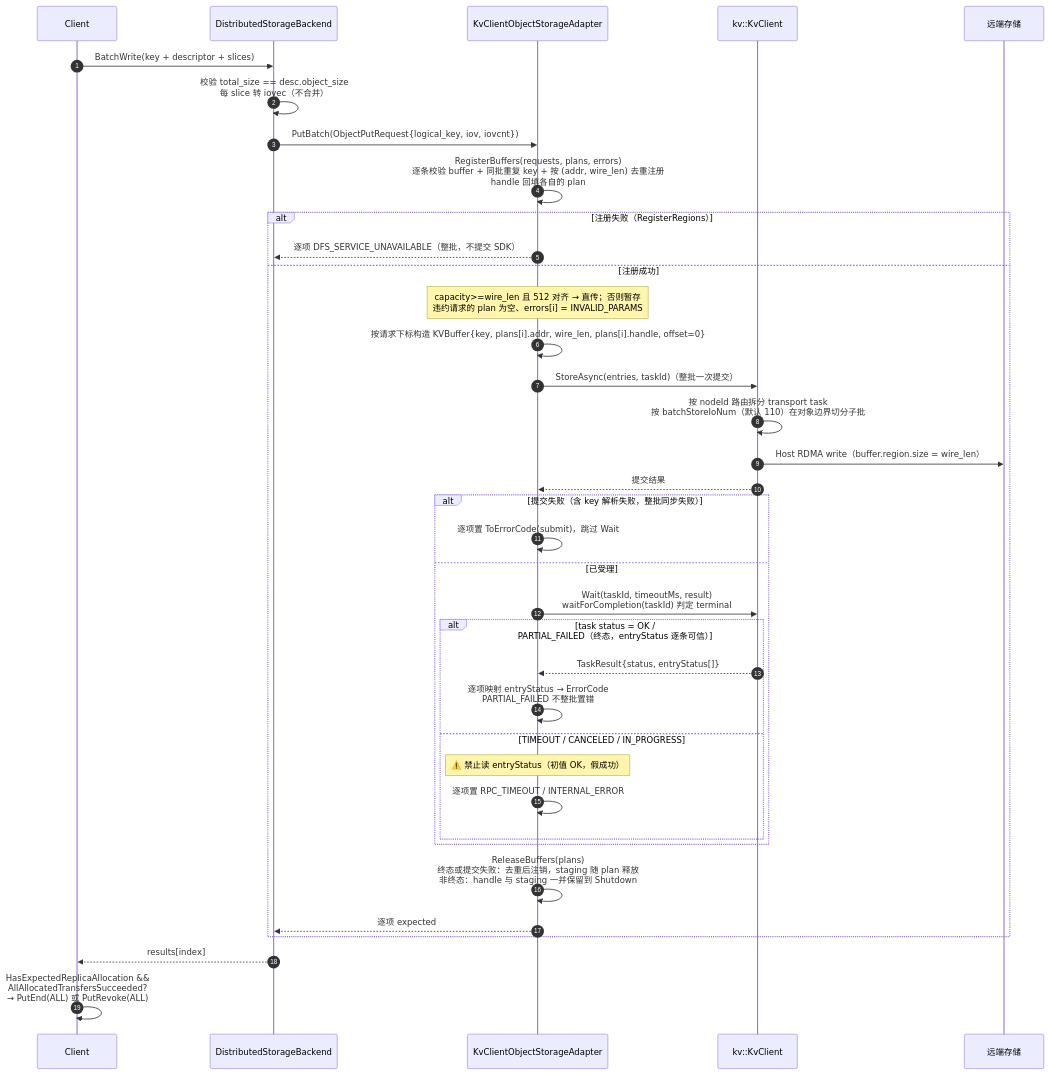
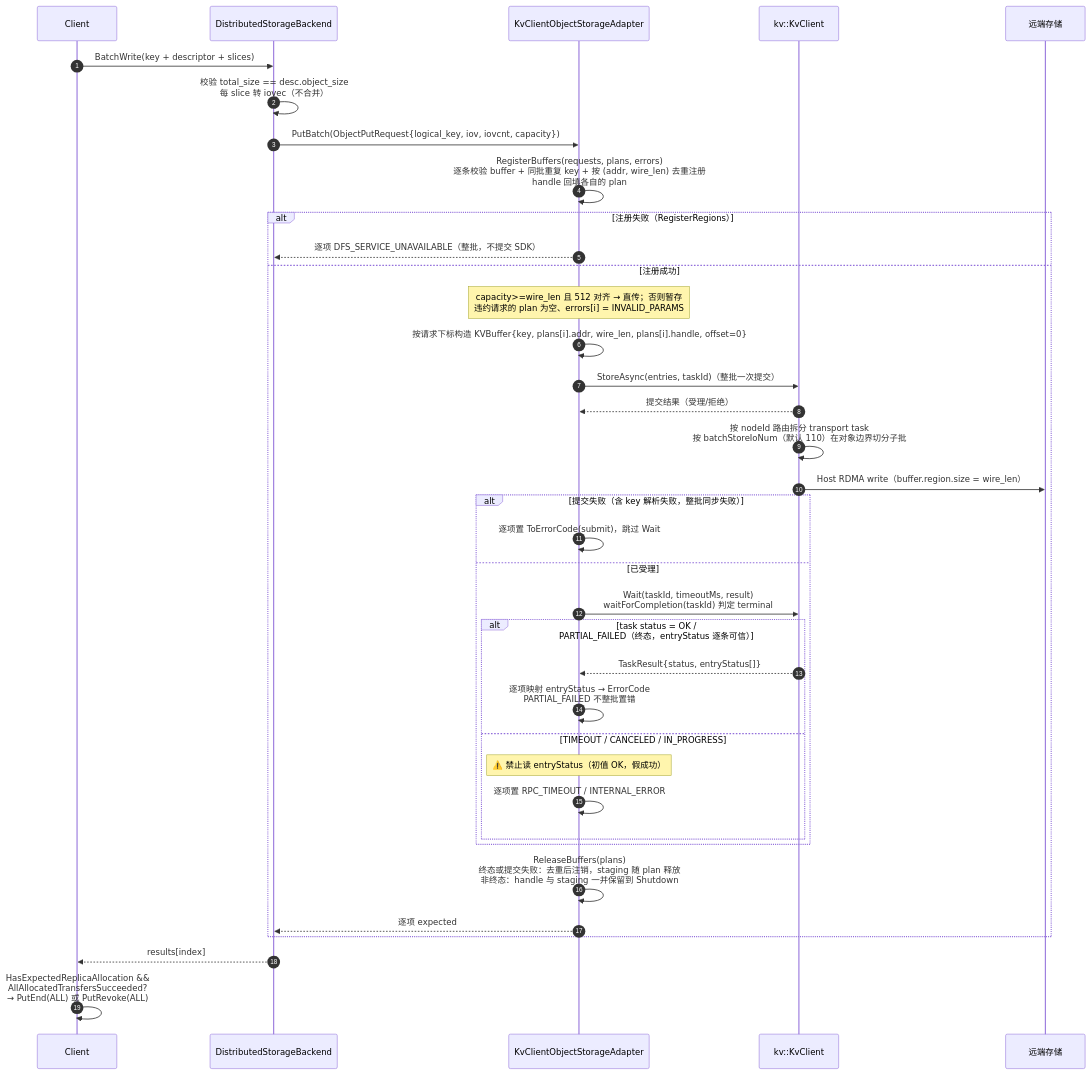
Before and after one commit to zwj20000328-dotcom/Mooncake-documents: the ninth of 13 diagrams in Mooncake + KVClient L3 接入（Kvcs）- v3.md, drawn with Mermaid. The commit also changed other lines of this file, not shown here.

Commit message:
docs: fix staging-path, diagram and build inconsistencies found by the final audit

````diff
--- a/Mooncake + KVClient L3 接入（Kvcs）- v3.md
+++ b/Mooncake + KVClient L3 接入（Kvcs）- v3.md
@@ -593,40 +597,40 @@
 ```mermaid
 sequenceDiagram
     autonumber
     participant C as Client
     participant BE as DistributedStorageBackend
     participant AD as KvClientObjectStorageAdapter
     participant SDK as kv::KvClient
     participant S as 远端存储
 
     C->>BE: BatchWrite(key + descriptor + slices)
     BE->>BE: 校验 total_size == desc.object_size<br/>每 slice 转 iovec（不合并）
-    BE->>AD: PutBatch(ObjectPutRequest{logical_key, iov, iovcnt})
+    BE->>AD: PutBatch(ObjectPutRequest{logical_key, iov, iovcnt, capacity})
     AD->>AD: RegisterBuffers(requests, plans, errors)<br/>逐条校验 buffer + 同批重复 key + 按 (addr, wire_len) 去重注册<br/>handle 回填各自的 plan
     alt 注册失败（RegisterRegions）
         AD-->>BE: 逐项 DFS_SERVICE_UNAVAILABLE（整批，不提交 SDK）
     else 注册成功
         Note over AD: capacity>=wire_len 且 512 对齐 → 直传；否则暂存<br/>违约请求的 plan 为空、errors[i] = INVALID_PARAMS
         AD->>AD: 按请求下标构造 KVBuffer{key, plans[i].addr, wire_len, plans[i].handle, offset=0}
         AD->>SDK: StoreAsync(entries, taskId)（整批一次提交）
+        SDK-->>AD: 提交结果（受理/拒绝）
         SDK->>SDK: 按 nodeId 路由拆分 transport task<br/>按 batchStoreIoNum（默认 110）在对象边界切分子批
         SDK->>S: Host RDMA write（buffer.region.size = wire_len）
-        SDK-->>AD: 提交结果
         alt 提交失败（含 key 解析失败，整批同步失败）
             AD->>AD: 逐项置 ToErrorCode(submit)，跳过 Wait
         else 已受理
             AD->>SDK: Wait(taskId, timeoutMs, result)<br/>waitForCompletion(taskId) 判定 terminal
             alt task status = OK / PARTIAL_FAILED（终态，entryStatus 逐条可信）
                 SDK-->>AD: TaskResult{status, entryStatus[]}
                 AD->>AD: 逐项映射 entryStatus → ErrorCode<br/>PARTIAL_FAILED 不整批置错
             else TIMEOUT / CANCELED / IN_PROGRESS
                 Note over AD: ⚠️ 禁止读 entryStatus（初值 OK，假成功）
                 AD->>AD: 逐项置 RPC_TIMEOUT / INTERNAL_ERROR
             end
         end
         AD->>AD: ReleaseBuffers(plans)<br/>终态或提交失败：去重后注销，staging 随 plan 释放<br/>非终态：handle 与 staging 一并保留到 Shutdown
         AD-->>BE: 逐项 expected
     end
     BE-->>C: results[index]
     C->>C: HasExpectedReplicaAllocation &&<br/>AllAllocatedTransfersSucceeded?<br/>→ PutEnd(ALL) 或 PutRevoke(ALL)
 ```
````
